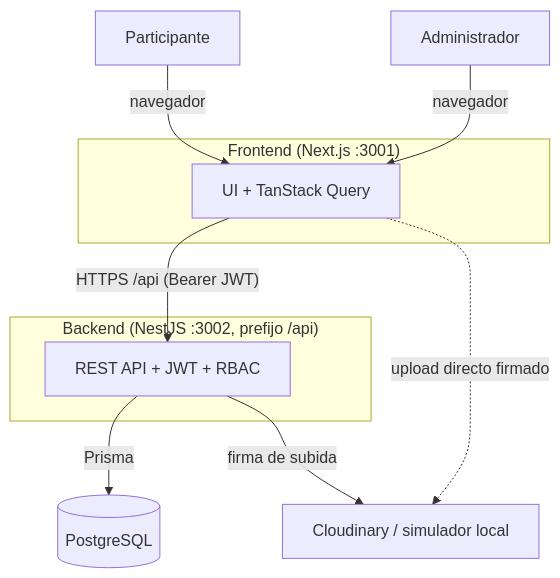
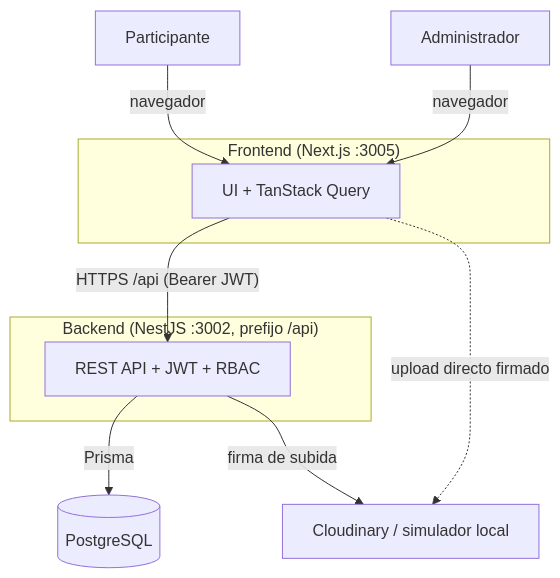
One commit to Professional-and-Personal-Branding/reto-constancia-mvp changed the first of 12 diagrams in docs/architecture.md. Above: the diagram before and after it, drawn with Mermaid. The commit also changed 11 other files, not shown here.

````diff
--- a/docs/architecture.md
+++ b/docs/architecture.md
@@ -24,15 +24,15 @@
 ```mermaid
 flowchart TB
   participante["Participante"] -->|navegador| fe
   admin["Administrador"] -->|navegador| fe
-  subgraph cliente["Frontend (Next.js :3001)"]
+  subgraph cliente["Frontend (Next.js :3005)"]
     fe["UI + TanStack Query"]
   end
   subgraph servidor["Backend (NestJS :3002, prefijo /api)"]
     api["REST API + JWT + RBAC"]
   end
   fe -->|"HTTPS /api (Bearer JWT)"| api
   api -->|Prisma| db[("PostgreSQL")]
   fe -.->|"upload directo firmado"| cloud["Cloudinary / simulador local"]
   api -->|firma de subida| cloud
 ```
````
